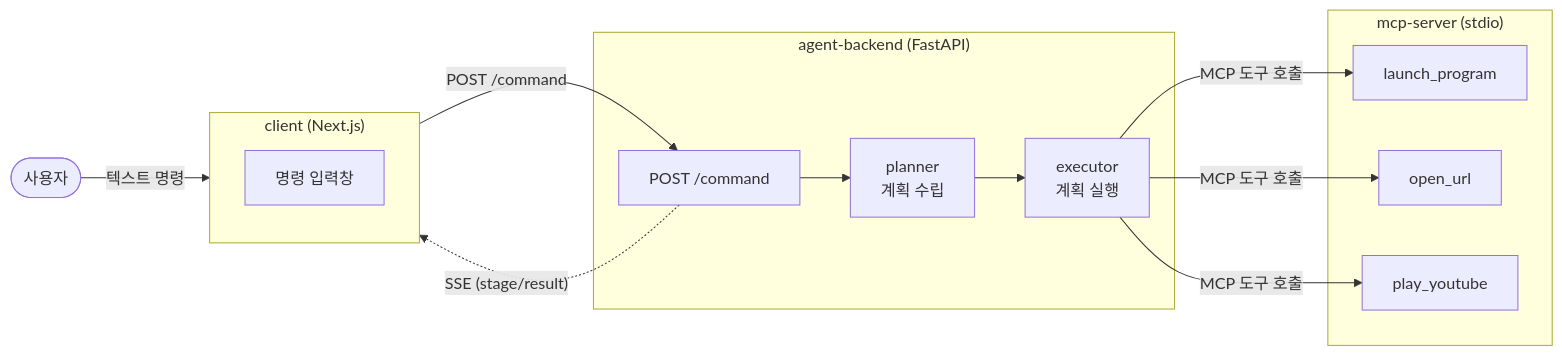
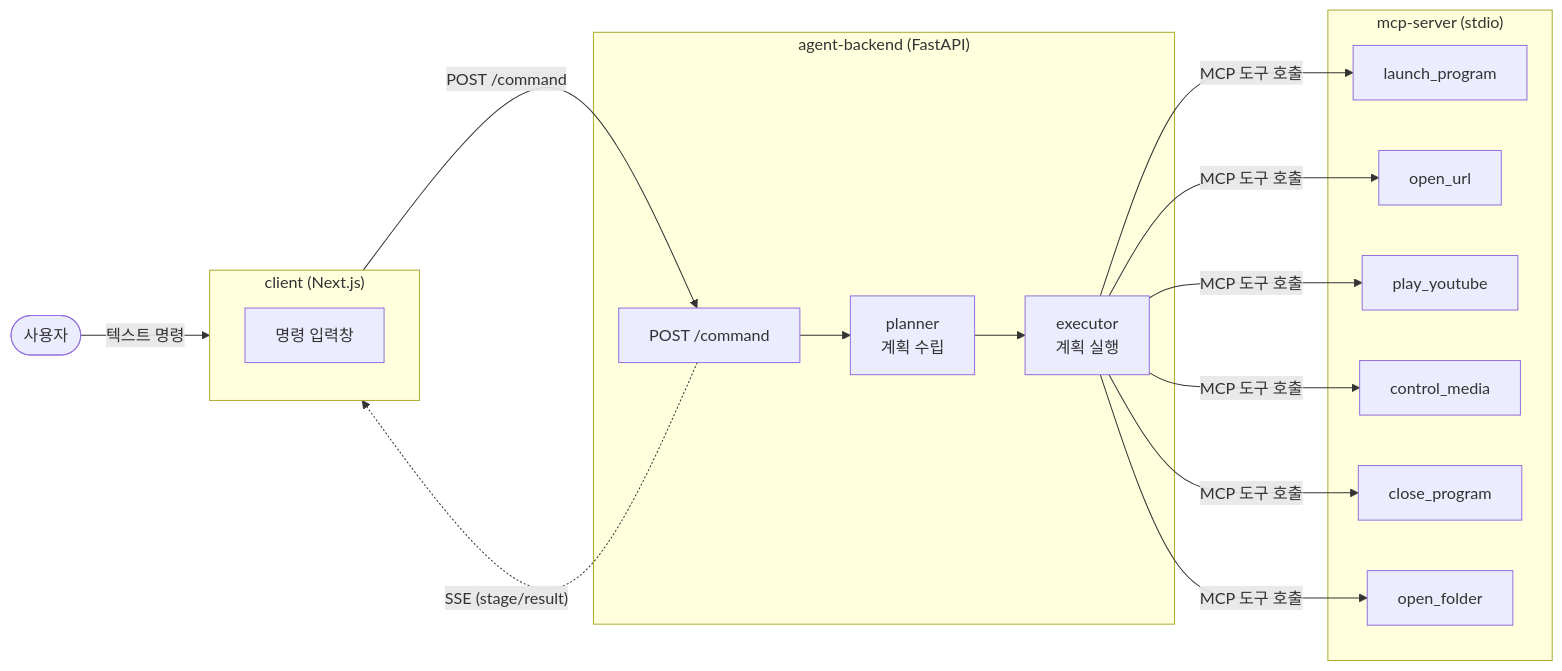
Before and after one commit to InwooLeeme/mcp-assistant: the diagram in README.md, drawn with Mermaid. The commit also changed other lines of this file and 3 other files, not shown here.

````diff
--- a/README.md
+++ b/README.md
@@ -18,25 +18,31 @@
 ```mermaid
 flowchart LR
     User(["사용자"]) -- "텍스트 명령" --> Client
 
     subgraph Client["client (Next.js)"]
         Form["명령 입력창"]
     end
 
     subgraph Backend["agent-backend (FastAPI)"]
         API["POST /command"] --> Planner["planner\n계획 수립"]
         Planner --> Executor["executor\n계획 실행"]
     end
 
     subgraph MCP["mcp-server (stdio)"]
         LaunchProgram["launch_program"]
         OpenUrl["open_url"]
         PlayYoutube["play_youtube"]
+        ControlMedia["control_media"]
+        CloseProgram["close_program"]
+        OpenFolder["open_folder"]
     end
 
     Client -- "POST /command" --> API
     Executor -- "MCP 도구 호출" --> LaunchProgram
     Executor -- "MCP 도구 호출" --> OpenUrl
     Executor -- "MCP 도구 호출" --> PlayYoutube
+    Executor -- "MCP 도구 호출" --> ControlMedia
+    Executor -- "MCP 도구 호출" --> CloseProgram
+    Executor -- "MCP 도구 호출" --> OpenFolder
     API -. "SSE (stage/result)" .-> Client
 ```
````
